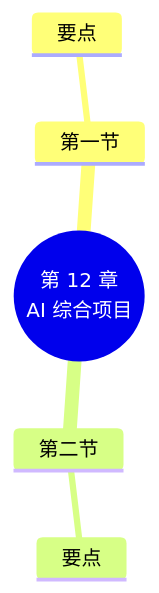
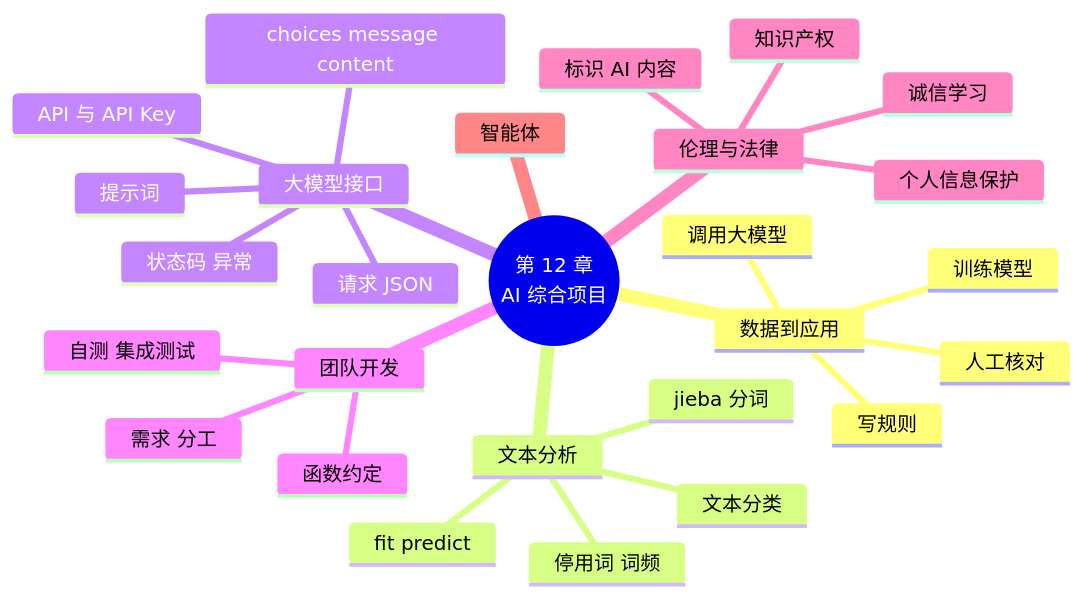
One commit to MingziFu9/python-programming changed the second of 2 diagrams in docs/chapters/12-ai-project/index.md. Above: the diagram before and after it, drawn with Mermaid. The commit also changed other lines of this file and 16 other files, not shown here.

Commit message:
第 12 章：Python 与人工智能综合项目（jieba、文本分类、大模型接口与模拟服务器、团队项目、请求与回复动画）

````diff
--- a/docs/chapters/12-ai-project/index.md
+++ b/docs/chapters/12-ai-project/index.md
@@ -188,8 +912,30 @@
 ```mermaid
 mindmap
   root((第 12 章<br/>AI 综合项目))
-    第一节
-      要点
-    第二节
-      要点
+    数据到应用
+      写规则
+      训练模型
+      调用大模型
+      人工核对
+    文本分析
+      jieba 分词
+      停用词 词频
+      文本分类
+      fit predict
+    大模型接口
+      API 与 API Key
+      请求 JSON
+      choices message content
+      状态码 异常
+      提示词
+    团队开发
+      需求 分工
+      函数约定
+      自测 集成测试
+    伦理与法律
+      个人信息保护
+      标识 AI 内容
+      知识产权
+      诚信学习
+    智能体
 ```
````
